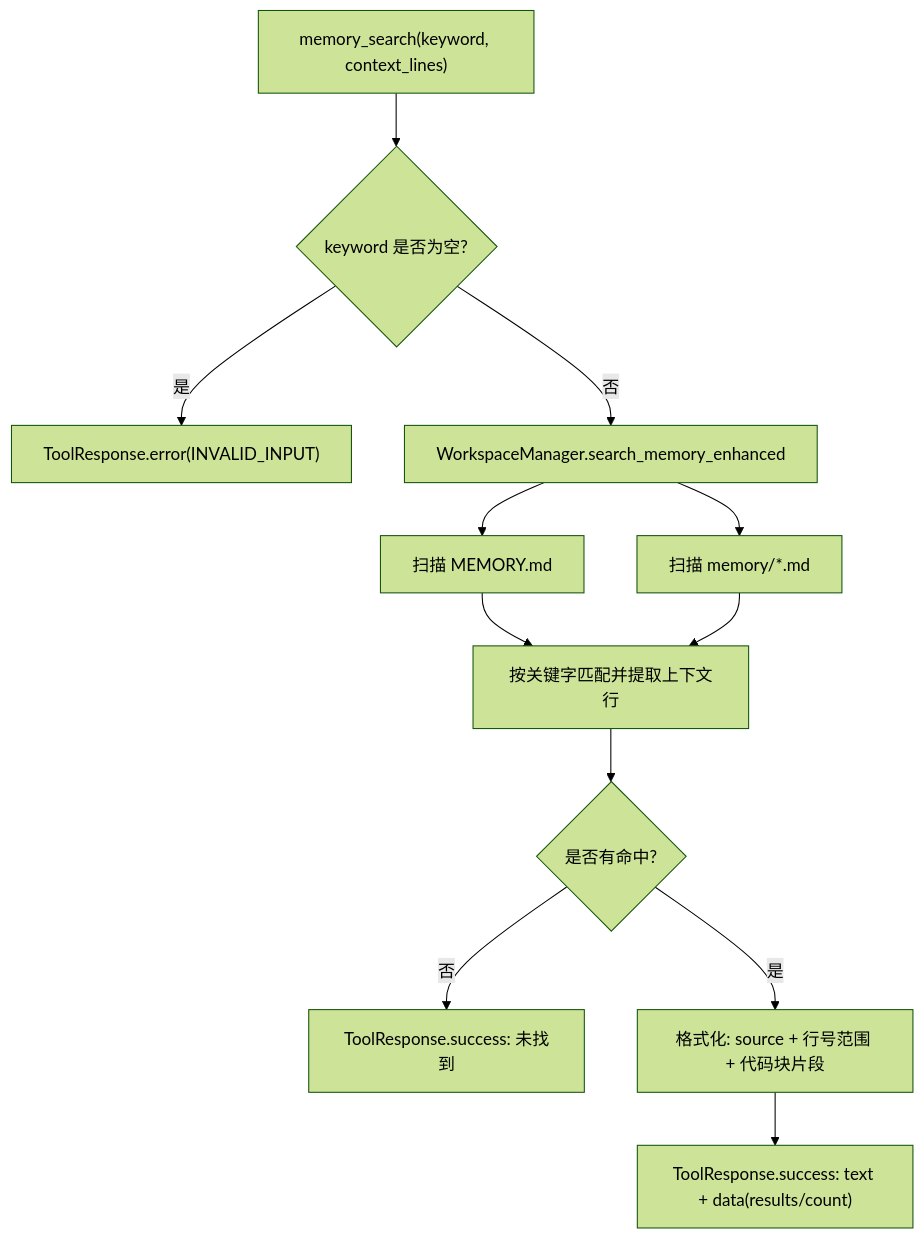
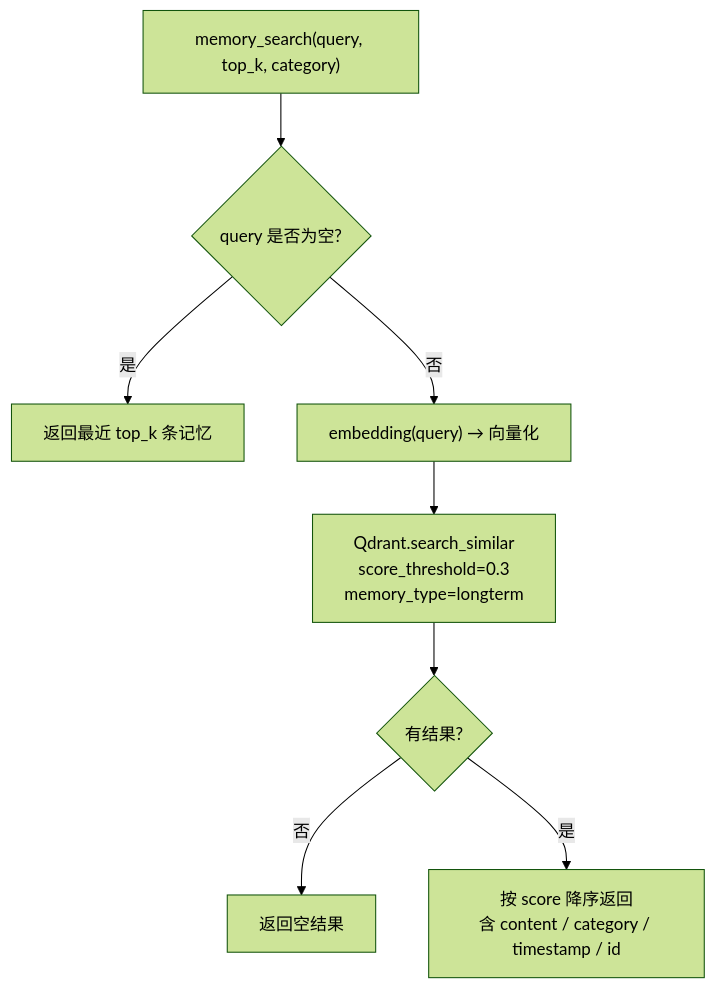
The second of 5 diagrams in docs/Memory实现与功能说明.md (promisestar/MyClaw), drawn with Mermaid (forest theme) before and after one commit. The commit also changed other lines of this file and 14 other files, not shown here.

````diff
--- a/docs/Memory实现与功能说明.md
+++ b/docs/Memory实现与功能说明.md
@@ -89,14 +116,10 @@
 ```mermaid
 flowchart TD
-    A["memory_search(keyword, context_lines)"] --> B{"keyword 是否为空?"}
-    B -->|是| C["ToolResponse.error(INVALID_INPUT)"]
-    B -->|否| D["WorkspaceManager.search_memory_enhanced"]
-    D --> E["扫描 MEMORY.md"]
-    D --> F["扫描 memory/*.md"]
-    E --> G["按关键字匹配并提取上下文行"]
-    F --> G
-    G --> H{"是否有命中?"}
-    H -->|否| I["ToolResponse.success: 未找到"]
-    H -->|是| J["格式化: source + 行号范围 + 代码块片段"]
-    J --> K["ToolResponse.success: text + data(results/count)"]
+    A["memory_search(query, top_k, category)"] --> B{"query 是否为空?"}
+    B -->|是| C["返回最近 top_k 条记忆"]
+    B -->|否| D["embedding(query) → 向量化"]
+    D --> E["Qdrant.search_similar<br/>score_threshold=0.3<br/>memory_type=longterm"]
+    E --> F{"有结果?"}
+    F -->|否| G["返回空结果"]
+    F -->|是| H["按 score 降序返回<br/>含 content / category / timestamp / id"]
 ```
````
